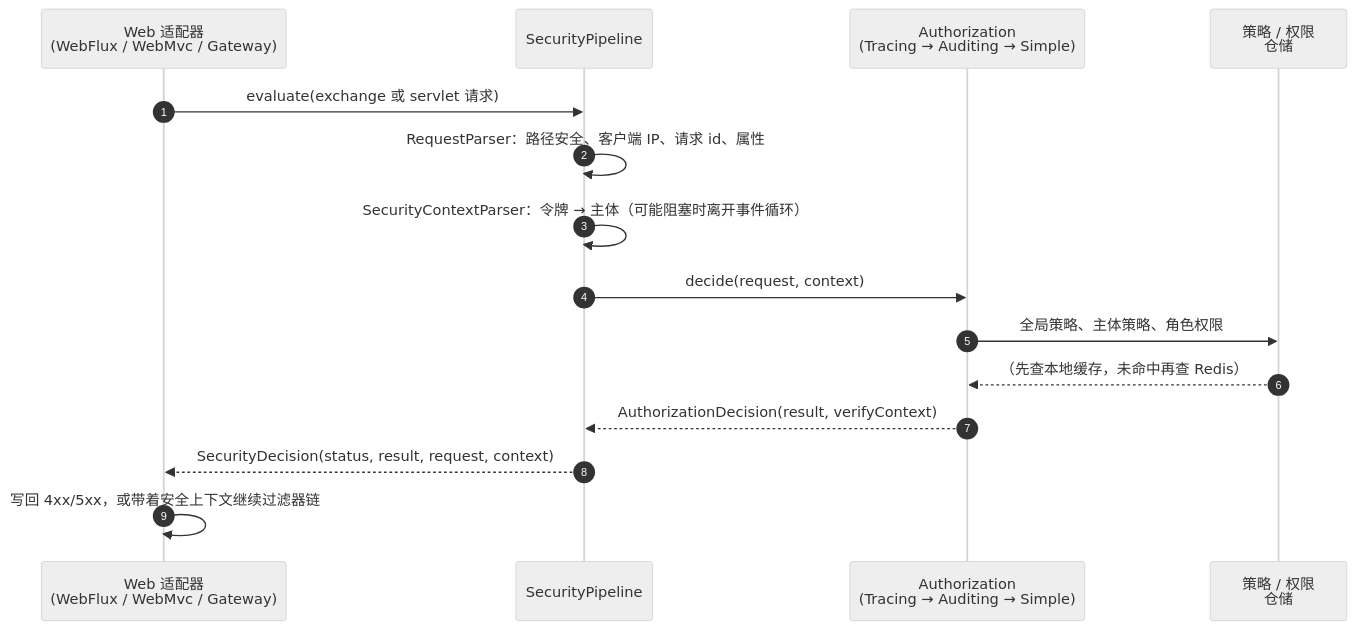
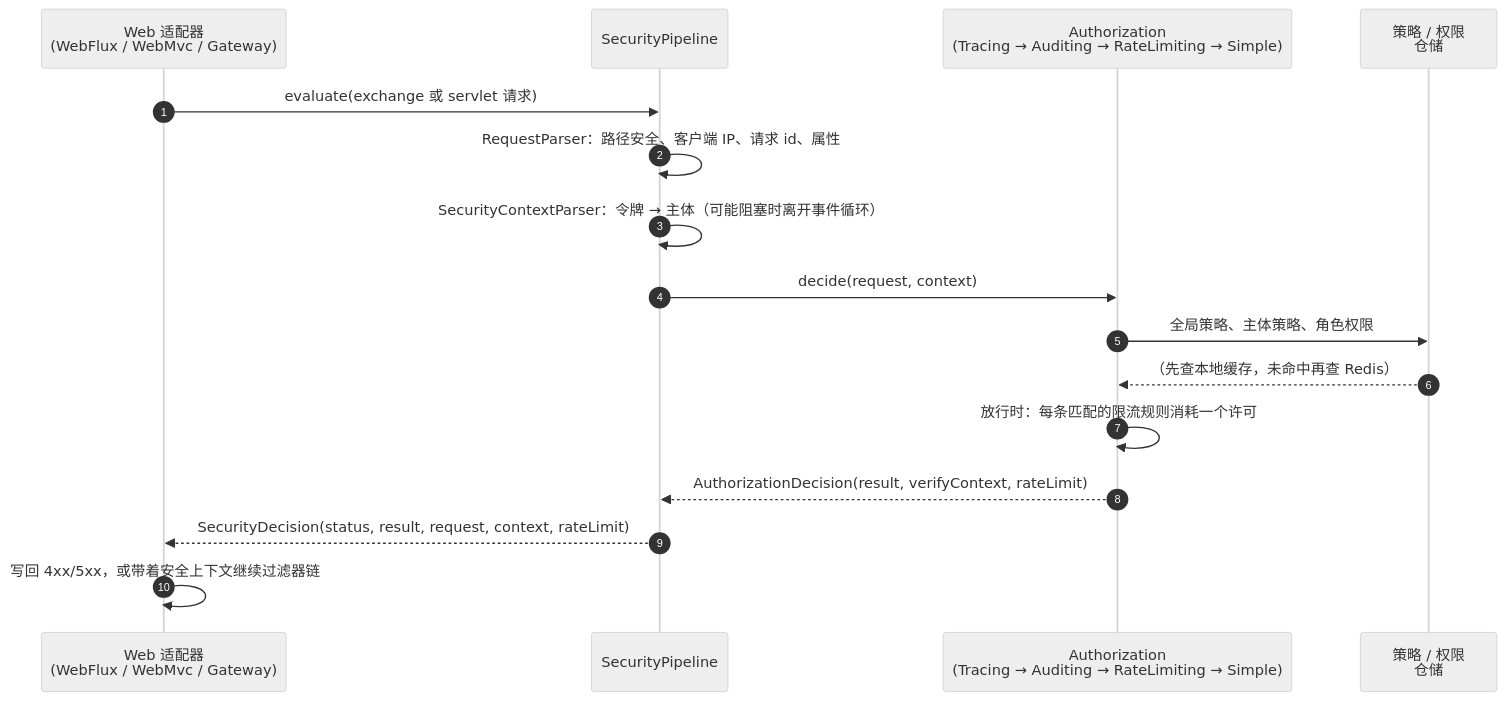
One commit to Ahoo-Wang/CoSec changed the second of 2 diagrams in wiki/zh/architecture/overview.md. Above: the diagram before and after it, drawn with Mermaid (neutral theme). The commit also changed other lines of this file and 96 other files, not shown here.

````diff
--- a/wiki/zh/architecture/overview.md
+++ b/wiki/zh/architecture/overview.md
@@ -32,17 +32,18 @@
 ```mermaid
 sequenceDiagram
     autonumber
     participant A as Web 适配器<br>(WebFlux / WebMvc / Gateway)
     participant P as SecurityPipeline
-    participant Z as Authorization<br>(Tracing → Auditing → Simple)
+    participant Z as Authorization<br>(Tracing → Auditing → RateLimiting → Simple)
     participant R as 策略 / 权限<br>仓储
     A->>P: evaluate(exchange 或 servlet 请求)
     P->>P: RequestParser：路径安全、客户端 IP、请求 id、属性
     P->>P: SecurityContextParser：令牌 → 主体（可能阻塞时离开事件循环）
     P->>Z: decide(request, context)
     Z->>R: 全局策略、主体策略、角色权限
     R-->>Z: （先查本地缓存，未命中再查 Redis）
-    Z-->>P: AuthorizationDecision(result, verifyContext)
-    P-->>A: SecurityDecision(status, result, request, context)
+    Z->>Z: 放行时：每条匹配的限流规则消耗一个许可
+    Z-->>P: AuthorizationDecision(result, verifyContext, rateLimit)
+    P-->>A: SecurityDecision(status, result, request, context, rateLimit)
     A->>A: 写回 4xx/5xx，或带着安全上下文继续过滤器链
 ```
````
